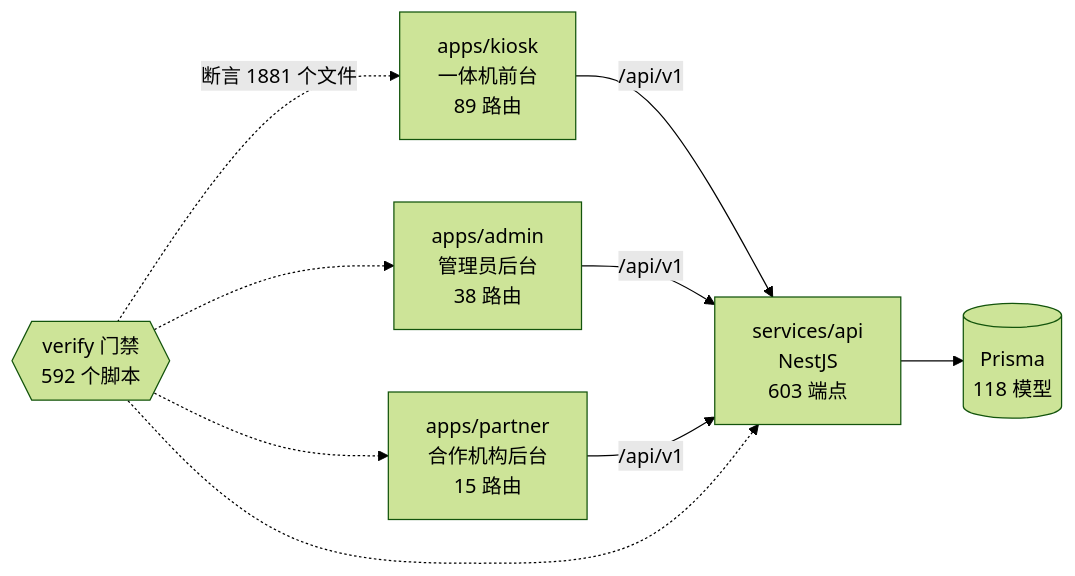
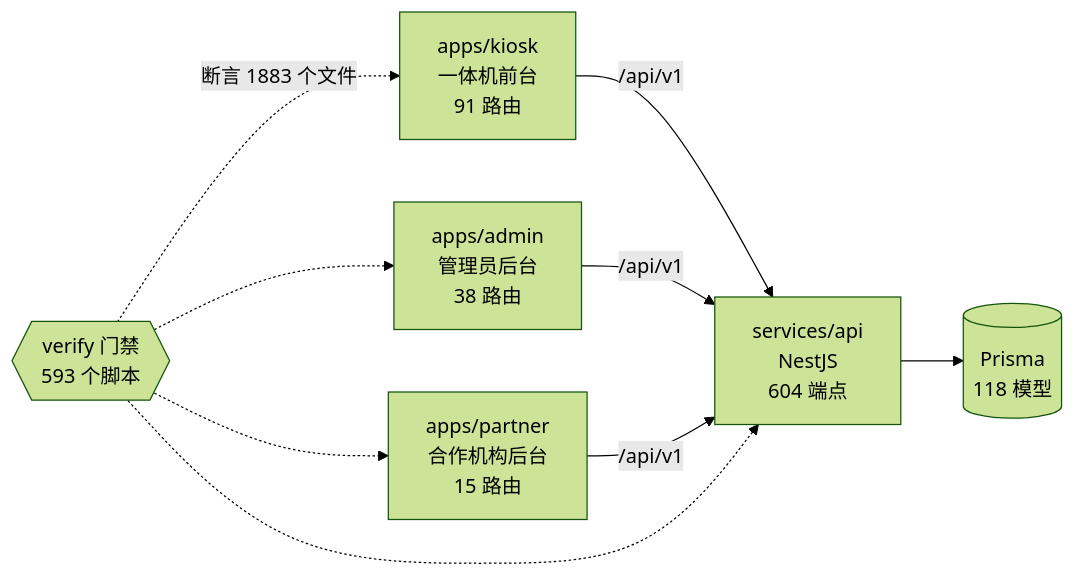
Before and after one commit to wanglei581/YITIJI: the diagram in docs/graph/README.md, drawn with Mermaid (forest theme). The commit also changed other lines of this file and 59 other files, not shown here.

````diff
--- a/docs/graph/README.md
+++ b/docs/graph/README.md
@@ -68,18 +68,18 @@
 ```mermaid
 flowchart LR
-  kiosk["apps/kiosk<br/>一体机前台<br/>89 路由"]
+  kiosk["apps/kiosk<br/>一体机前台<br/>91 路由"]
   admin["apps/admin<br/>管理员后台<br/>38 路由"]
   partner["apps/partner<br/>合作机构后台<br/>15 路由"]
-  api["services/api<br/>NestJS<br/>603 端点"]
+  api["services/api<br/>NestJS<br/>604 端点"]
   db[("Prisma<br/>118 模型")]
-  gates{{"verify 门禁<br/>592 个脚本"}}
+  gates{{"verify 门禁<br/>593 个脚本"}}
 
   kiosk -->|"/api/v1"| api
   admin -->|"/api/v1"| api
   partner -->|"/api/v1"| api
   api --> db
-  gates -.->|"断言 1881 个文件"| kiosk
+  gates -.->|"断言 1883 个文件"| kiosk
   gates -.-> admin
   gates -.-> partner
   gates -.-> api
 ```
````
